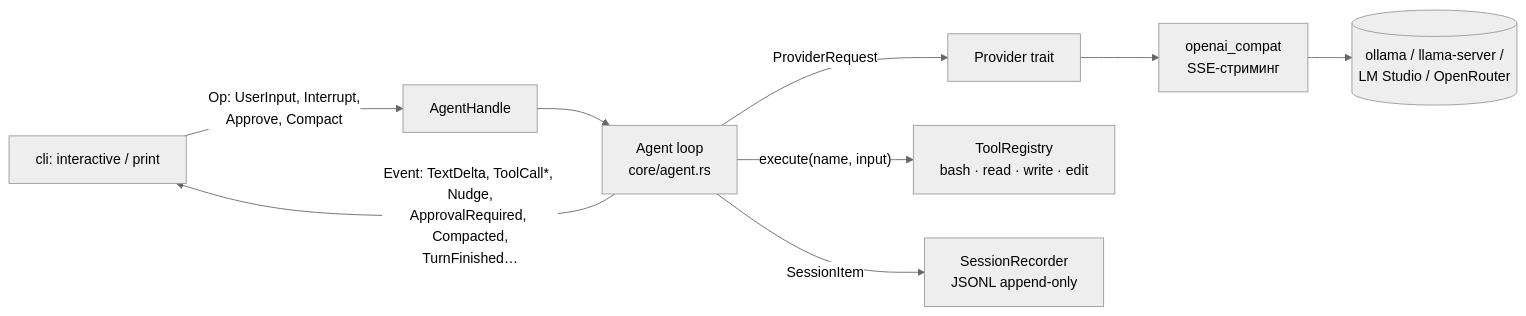
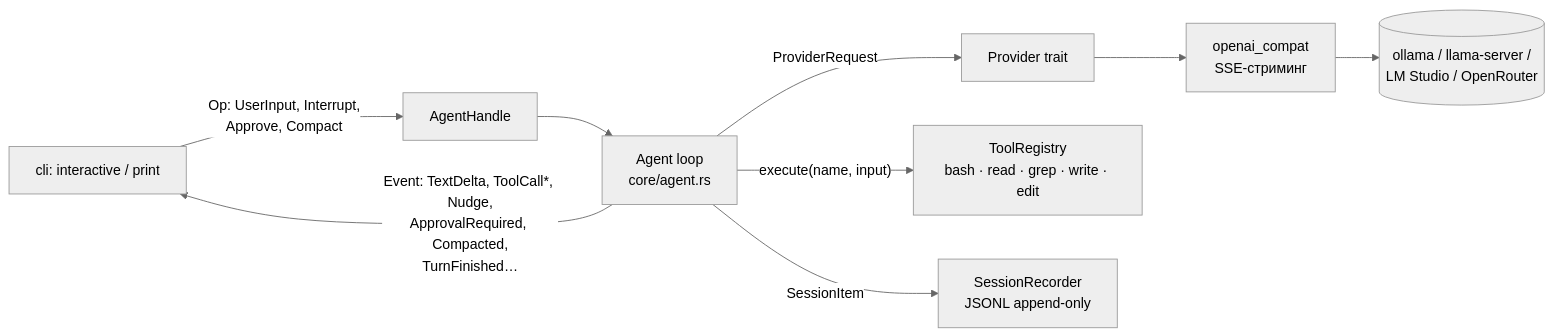
One commit to dream-x/mark2 changed the diagram in ARCHITECTURE.md. Above: the diagram before and after it, drawn with Mermaid (neutral theme). The commit also changed other lines of this file and 13 other files, not shown here.

First line of the commit message:
core: тул grep — read-only поиск по файлам

````diff
--- a/ARCHITECTURE.md
+++ b/ARCHITECTURE.md
@@ -13,11 +13,11 @@
 ```mermaid
 flowchart LR
     CLI[cli: interactive / print] -- "Op: UserInput, Interrupt,\nApprove, Compact" --> H[AgentHandle]
     H --> A[Agent loop\ncore/agent.rs]
     A -- "Event: TextDelta, ToolCall*, Nudge,\nApprovalRequired, Compacted,\nTurnFinished…" --> CLI
     A -- ProviderRequest --> P[Provider trait]
     P --> O[openai_compat\nSSE-стриминг]
     O --> S[(ollama / llama-server /\nLM Studio / OpenRouter)]
-    A -- "execute(name, input)" --> T[ToolRegistry\nbash · read · write · edit]
+    A -- "execute(name, input)" --> T[ToolRegistry\nbash · read · grep · write · edit]
     A -- SessionItem --> J[SessionRecorder\nJSONL append-only]
 ```
````
